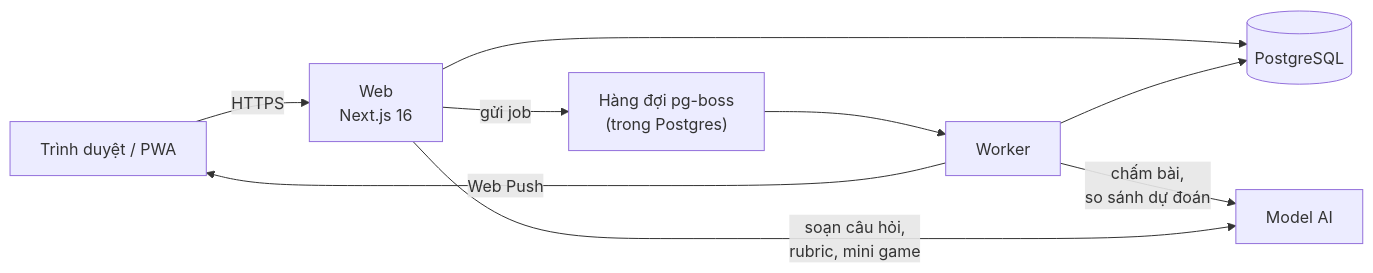
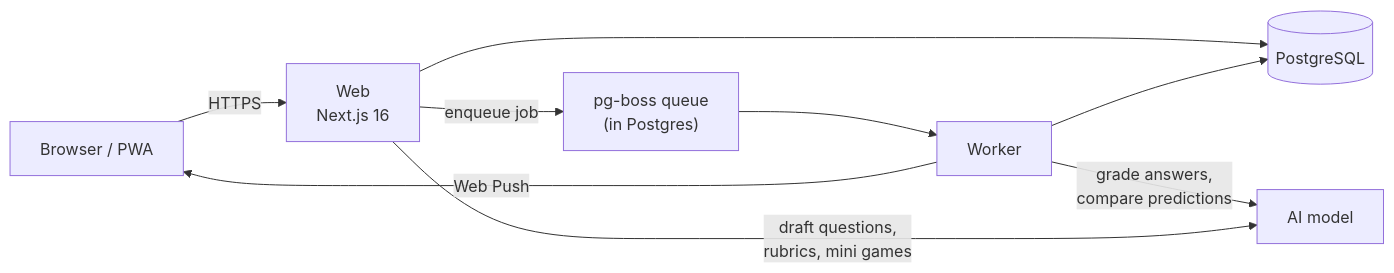
Before and after one commit to xuan-tu-ai/Readly: the diagram in README.md, drawn with Mermaid. The commit also changed other lines of this file and 9 other files, not shown here.

````diff
--- a/README.md
+++ b/README.md
@@ -122,11 +126,11 @@
 ```mermaid
 flowchart LR
-    U["Trình duyệt / PWA"] -- HTTPS --> W["Web<br/>Next.js 16"]
+    U["Browser / PWA"] -- HTTPS --> W["Web<br/>Next.js 16"]
     W --> DB[("PostgreSQL")]
-    W -- "gửi job" --> Q["Hàng đợi pg-boss<br/>(trong Postgres)"]
+    W -- "enqueue job" --> Q["pg-boss queue<br/>(in Postgres)"]
     Q --> K["Worker"]
     K --> DB
-    K -- "chấm bài,<br/>so sánh dự đoán" --> AI["Model AI"]
-    W -- "soạn câu hỏi,<br/>rubric, mini game" --> AI
+    K -- "grade answers,<br/>compare predictions" --> AI["AI model"]
+    W -- "draft questions,<br/>rubrics, mini games" --> AI
     K -- "Web Push" --> U
 ```
````
